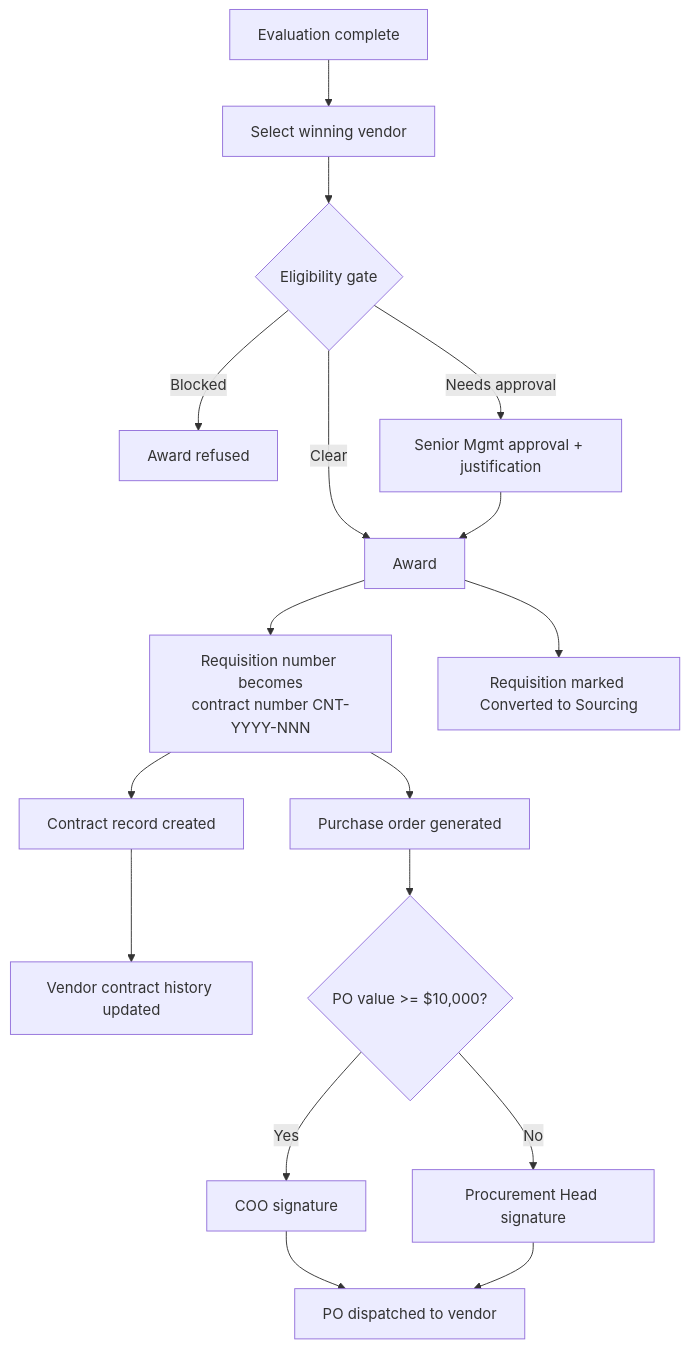
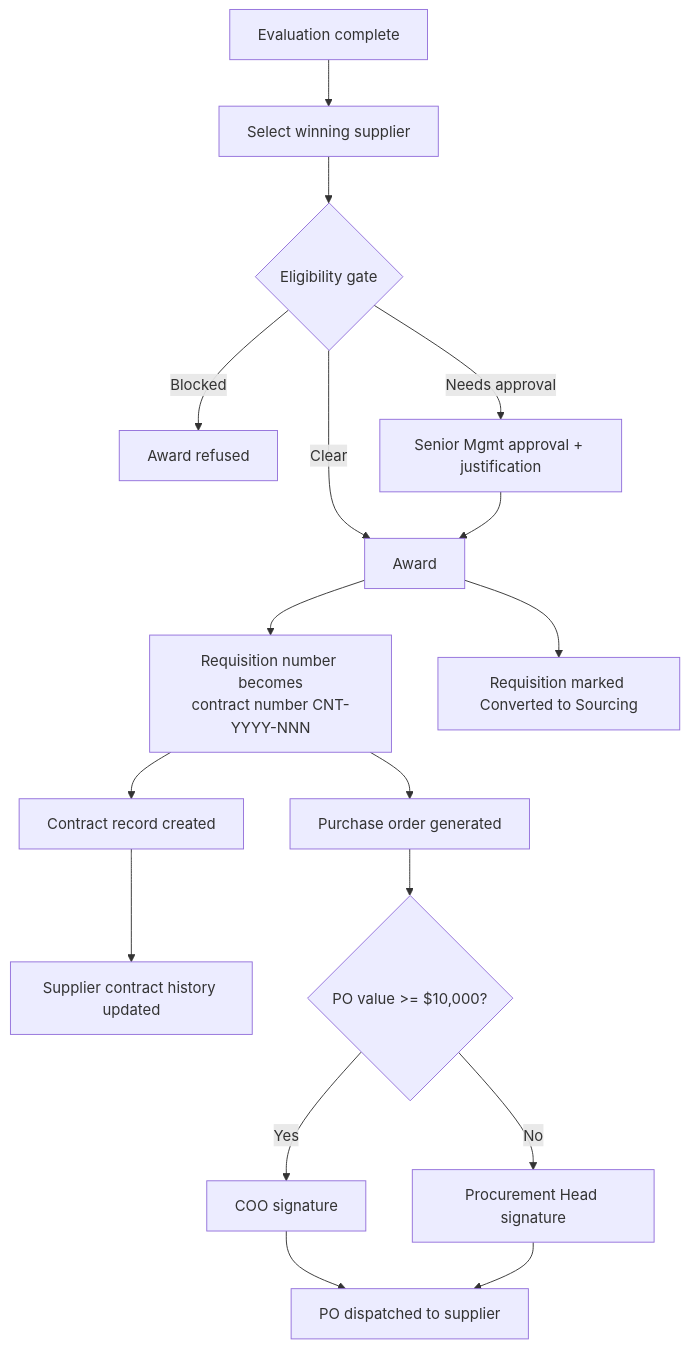
Before and after one commit to Kofi-Yeboah/Aceterpfinalv2copy: the sixth of 10 diagrams in docs/PROCUREMENT-FLOWS.md, drawn with Mermaid. The commit also changed other lines of this file and 15 other files, not shown here.

````diff
--- a/docs/PROCUREMENT-FLOWS.md
+++ b/docs/PROCUREMENT-FLOWS.md
@@ -396,18 +395,18 @@
 ```mermaid
 flowchart TD
-    A[Evaluation complete] --> B[Select winning vendor]
+    A[Evaluation complete] --> B[Select winning supplier]
     B --> C{Eligibility gate}
     C -- Blocked --> X[Award refused]
     C -- Needs approval --> D[Senior Mgmt approval + justification]
     C -- Clear --> E[Award]
     D --> E
     E --> F[Requisition number becomes<br/>contract number CNT-YYYY-NNN]
     F --> G[Contract record created]
     F --> H[Purchase order generated]
-    G --> I[Vendor contract history updated]
+    G --> I[Supplier contract history updated]
     H --> J{PO value >= $10,000?}
     J -- Yes --> K[COO signature]
     J -- No --> L[Procurement Head signature]
-    K & L --> M[PO dispatched to vendor]
+    K & L --> M[PO dispatched to supplier]
     E --> N[Requisition marked Converted to Sourcing]
 ```
````
